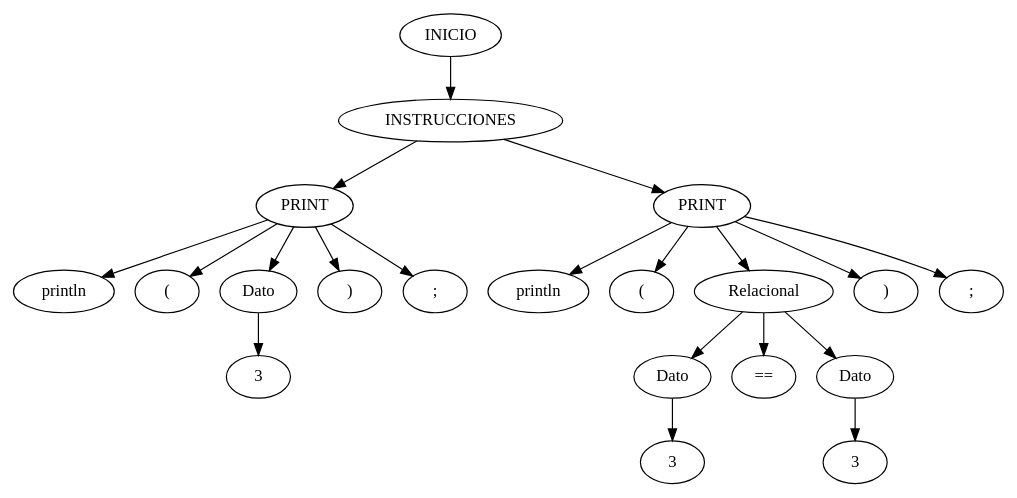
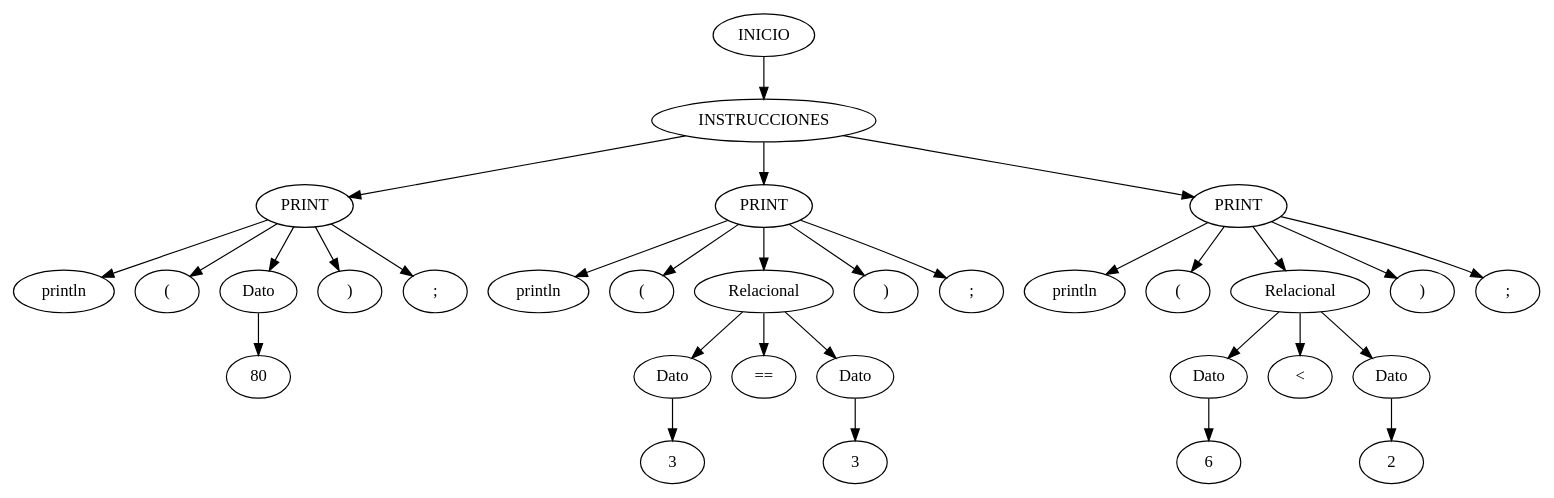
One commit to Ssolares0/OLC1_Proyecto2_202004822 changed the diagram in server/arbolAST.dot. Above: the diagram before and after it, drawn with Graphviz. The commit also changed 15 other files, not shown here.

```diff
--- a/server/arbolAST.dot
+++ b/server/arbolAST.dot
@@ -1,42 +1,64 @@
 digraph arbolAST{ 
       n0[label="INICIO"];
       n1[label="INSTRUCCIONES"];
       n0 -> n1;
 n2[label="PRINT"];
       n1 -> n2;
 n3[label="println"];
       n2 -> n3;
 n4[label="("];
       n2 -> n4;
 n5[label="Dato"];
       n2 -> n5;
-n6[label="3"];
+n6[label="80"];
       n5 -> n6;
 n7[label=")"];
       n2 -> n7;
 n8[label=";"];
       n2 -> n8;
 n9[label="PRINT"];
       n1 -> n9;
 n10[label="println"];
       n9 -> n10;
 n11[label="("];
       n9 -> n11;
 n12[label="Relacional"];
       n9 -> n12;
 n13[label="Dato"];
       n12 -> n13;
 n14[label="3"];
       n13 -> n14;
 n15[label="=="];
       n12 -> n15;
 n16[label="Dato"];
       n12 -> n16;
 n17[label="3"];
       n16 -> n17;
 n18[label=")"];
       n9 -> n18;
 n19[label=";"];
       n9 -> n19;
+n20[label="PRINT"];
+      n1 -> n20;
+n21[label="println"];
+      n20 -> n21;
+n22[label="("];
+      n20 -> n22;
+n23[label="Relacional"];
+      n20 -> n23;
+n24[label="Dato"];
+      n23 -> n24;
+n25[label="6"];
+      n24 -> n25;
+n26[label="<"];
+      n23 -> n26;
+n27[label="Dato"];
+      n23 -> n27;
+n28[label="2"];
+      n27 -> n28;
+n29[label=")"];
+      n20 -> n29;
+n30[label=";"];
+      n20 -> n30;
 
     }
```
